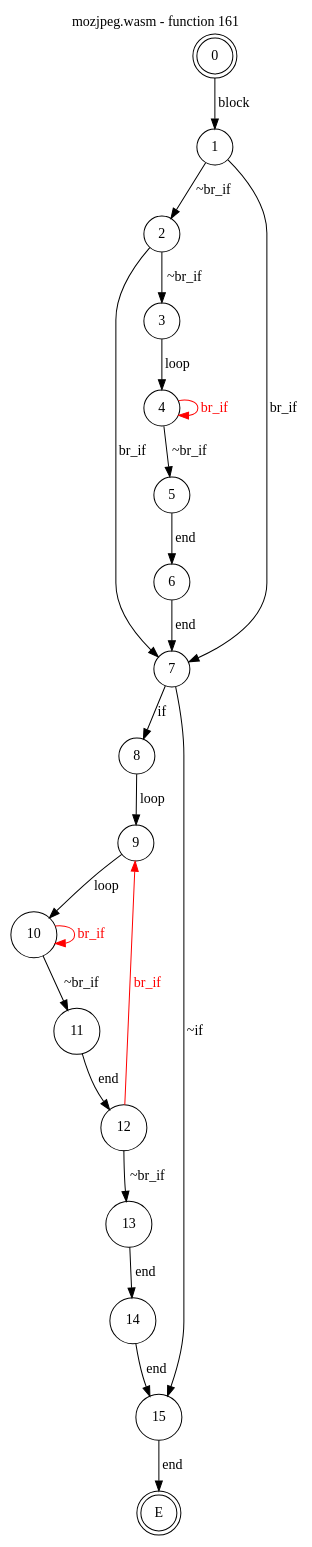
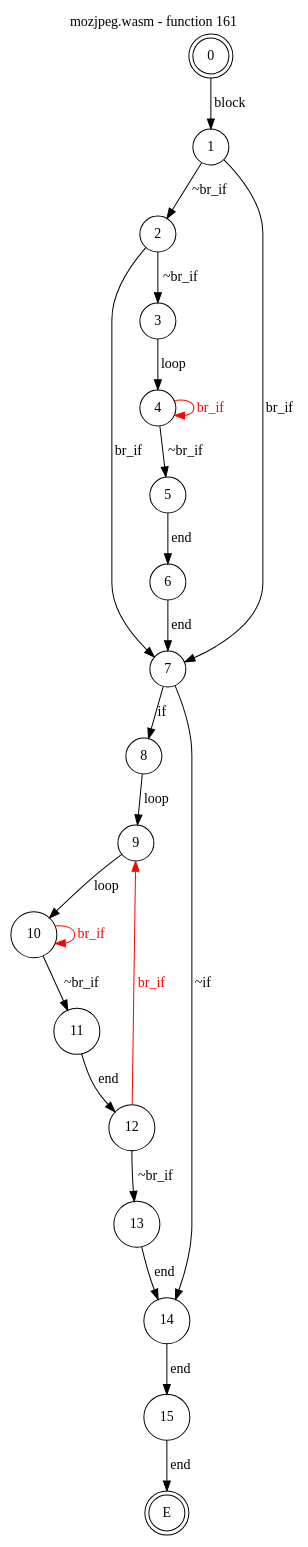
The diagram in test_cases/mozjpeg/funcs/mozjpeg-func161.dot (jsCarleton/wanalyze), drawn with Graphviz before and after one commit. The commit also changed 581 other files, not shown here.

```diff
--- a/test_cases/mozjpeg/funcs/mozjpeg-func161.dot
+++ b/test_cases/mozjpeg/funcs/mozjpeg-func161.dot
@@ -1,31 +1,31 @@
 digraph finite_state_machine {
     label = "mozjpeg.wasm - function 161"
     labelloc =  t
     labelfontsize = 16
     labelfontcolor = black
     labelfontname = "Helvetica"
     node [shape = doublecircle]; 0 E ;
     node [shape = circle];
     0 -> 1[label="block"];
     1 -> 2[label="~br_if"];
     1 -> 7[label="br_if"];
     2 -> 3[label="~br_if"];
     2 -> 7[label="br_if"];
     3 -> 4[label="loop"];
     4 -> 5[label="~br_if"];
     4 -> 4[color="red" fontcolor="red" label="br_if"];
     5 -> 6[label="end"];
     6 -> 7[label="end"];
     7 -> 8[label="if"];
-    7 -> 15[label="~if"];
+    7 -> 14[label="~if"];
     8 -> 9[label="loop"];
     9 -> 10[label="loop"];
     10 -> 11[label="~br_if"];
     10 -> 10[color="red" fontcolor="red" label="br_if"];
     11 -> 12[label="end"];
     12 -> 13[label="~br_if"];
     12 -> 9[color="red" fontcolor="red" label="br_if"];
     13 -> 14[label="end"];
     14 -> 15[label="end"];
     15 -> E[label="end"];
 }
```
